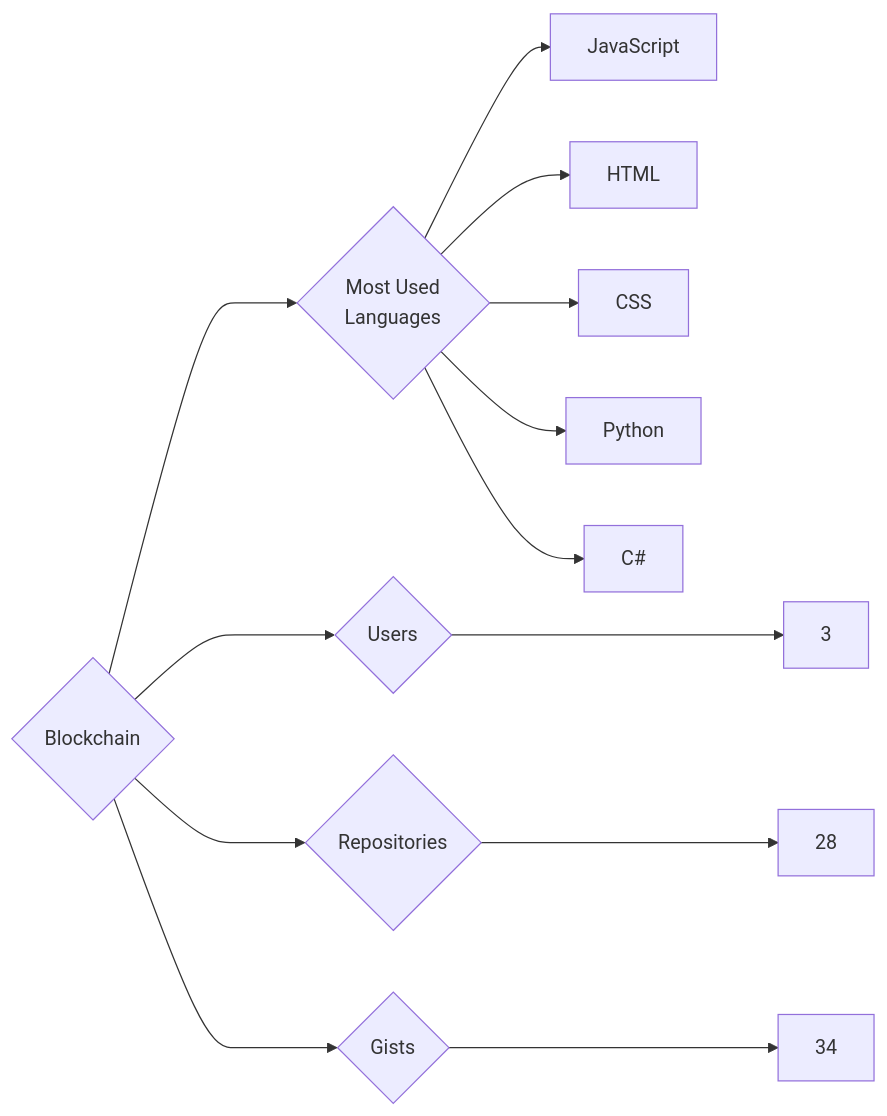
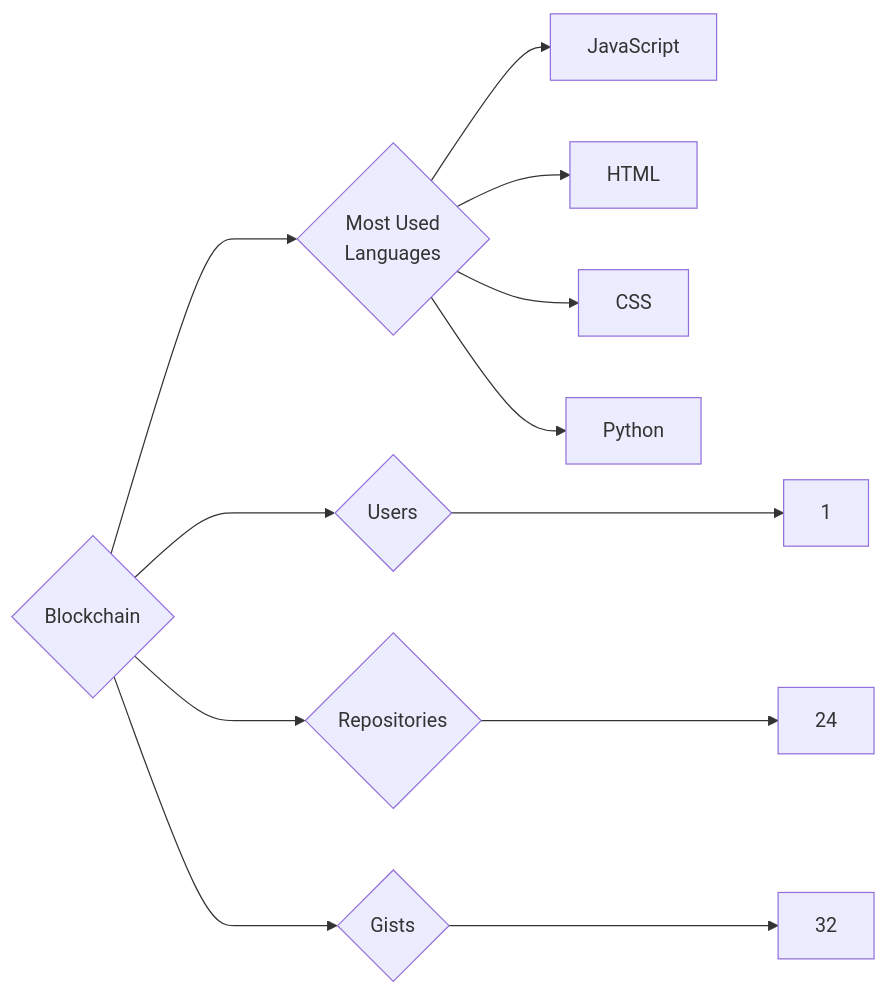
The diagram in targets/Blockchain/README.md (trickest/insiders), drawn with Mermaid before and after one commit. The commit also changed 681 other files, not shown here.

````diff
--- a/targets/Blockchain/README.md
+++ b/targets/Blockchain/README.md
@@ -3,13 +3,12 @@
 ```mermaid
 graph LR
 COMPANY_NAME{Blockchain}
-COMPANY_NAME ---> U{Users} ---> UN[3]
-COMPANY_NAME ---> R{Repositories} ---> RN[28]
-COMPANY_NAME ---> G{Gists} ---> GN[34]
+COMPANY_NAME ---> U{Users} ---> UN[1]
+COMPANY_NAME ---> R{Repositories} ---> RN[24]
+COMPANY_NAME ---> G{Gists} ---> GN[32]
 COMPANY_NAME ---> ML{Most Used<br>Languages}
 ML --> JavaScript[JavaScript]
 ML --> HTML[HTML]
 ML --> CSS[CSS]
 ML --> Python[Python]
-ML --> C#[C#]
 ```
````
